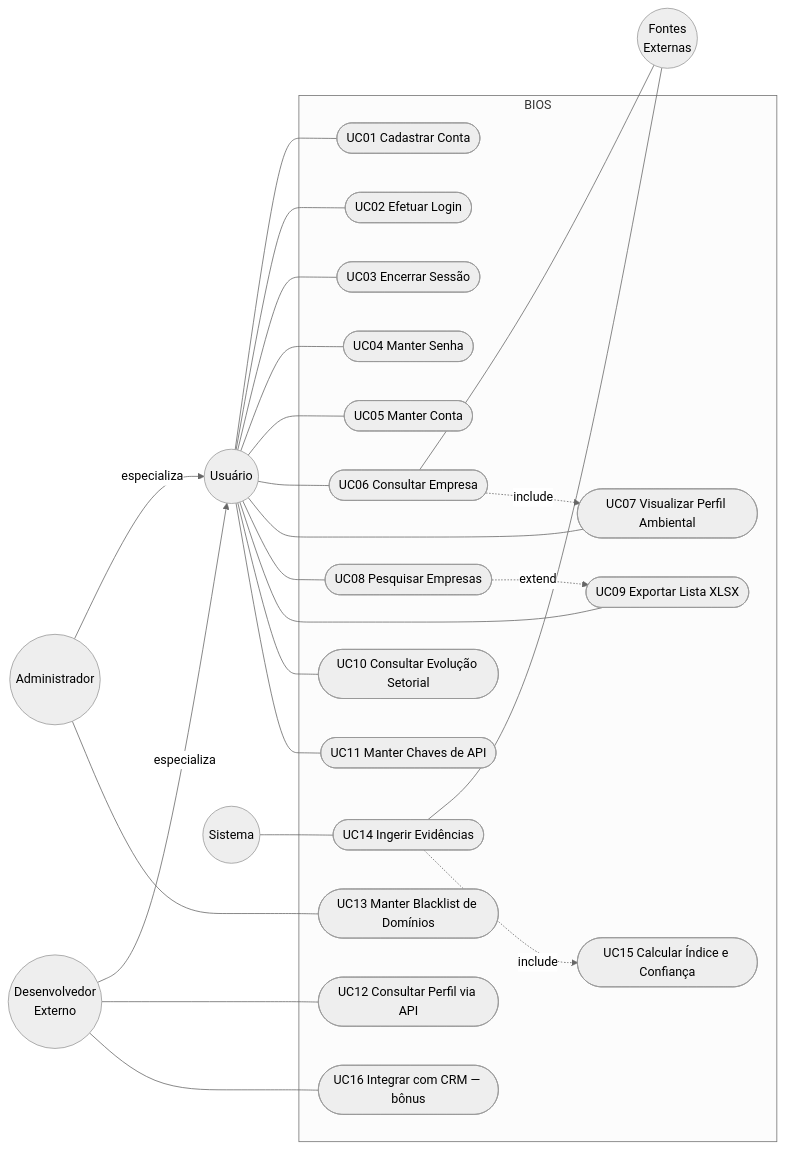
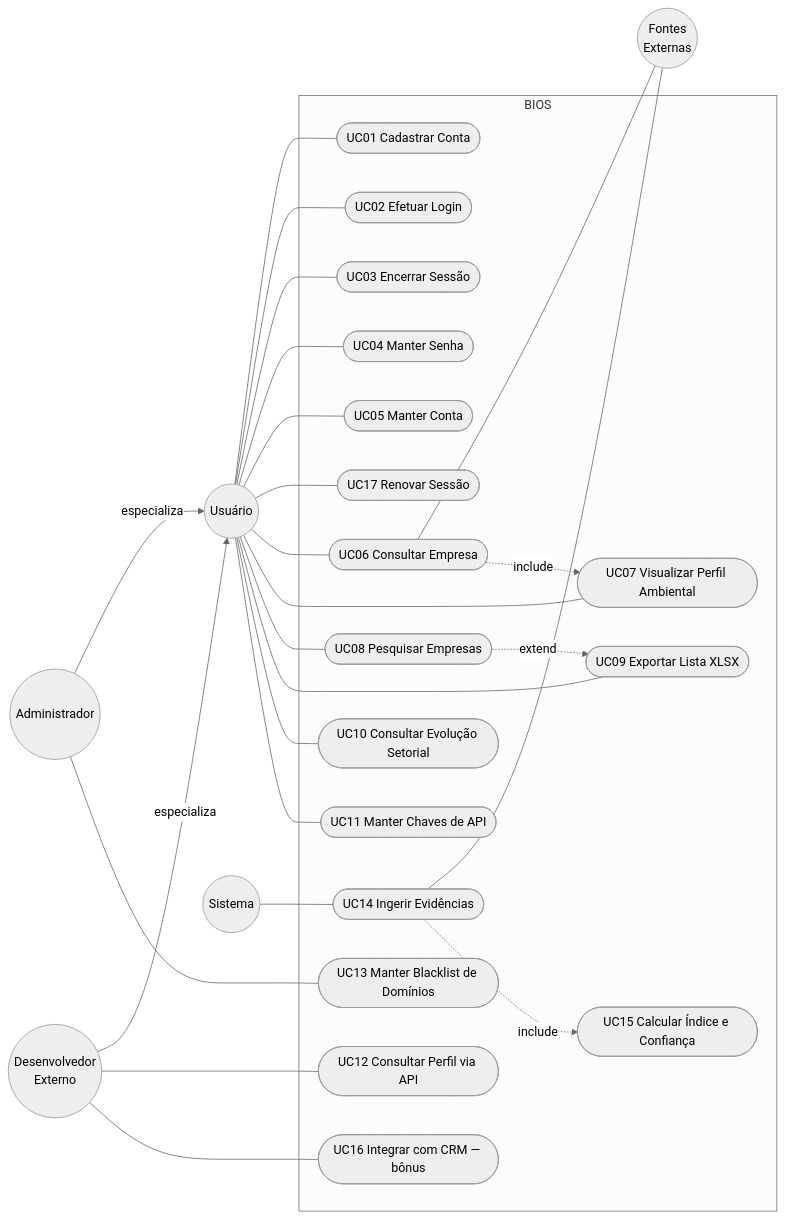
Before and after one commit to odavibatista/bios-docs: the first of 6 diagrams in 08-Artefatos-de-Análise.md, drawn with Mermaid (neutral theme). The commit also changed other lines of this file and 6 other files, not shown here.

````diff
--- a/08-Artefatos-de-Análise.md
+++ b/08-Artefatos-de-Análise.md
@@ -19,42 +20,43 @@
 ```mermaid
 flowchart LR
     U((Usuário))
     A((Administrador))
     D((Desenvolvedor<br/>Externo))
     S((Sistema))
     F((Fontes<br/>Externas))
 
     A -->|especializa| U
     D -->|especializa| U
 
     subgraph BIOS
         UC01([UC01 Cadastrar Conta])
         UC02([UC02 Efetuar Login])
         UC03([UC03 Encerrar Sessão])
         UC04([UC04 Manter Senha])
         UC05([UC05 Manter Conta])
         UC06([UC06 Consultar Empresa])
         UC07([UC07 Visualizar Perfil Ambiental])
         UC08([UC08 Pesquisar Empresas])
         UC09([UC09 Exportar Lista XLSX])
         UC10([UC10 Consultar Evolução Setorial])
         UC11([UC11 Manter Chaves de API])
         UC12([UC12 Consultar Perfil via API])
         UC13([UC13 Manter Blacklist de Domínios])
         UC14([UC14 Ingerir Evidências])
         UC15([UC15 Calcular Índice e Confiança])
         UC16([UC16 Integrar com CRM — bônus])
+        UC17([UC17 Renovar Sessão])
     end
 
-    U --- UC01 & UC02 & UC03 & UC04 & UC05
+    U --- UC01 & UC02 & UC03 & UC04 & UC05 & UC17
     U --- UC06 & UC07 & UC08 & UC09 & UC10 & UC11
     D --- UC12 & UC16
     A --- UC13
     S --- UC14
     UC14 --- F
     UC06 --- F
 
     UC06 -.->|include| UC07
     UC14 -.->|include| UC15
     UC08 -.->|extend| UC09
 ```
````
